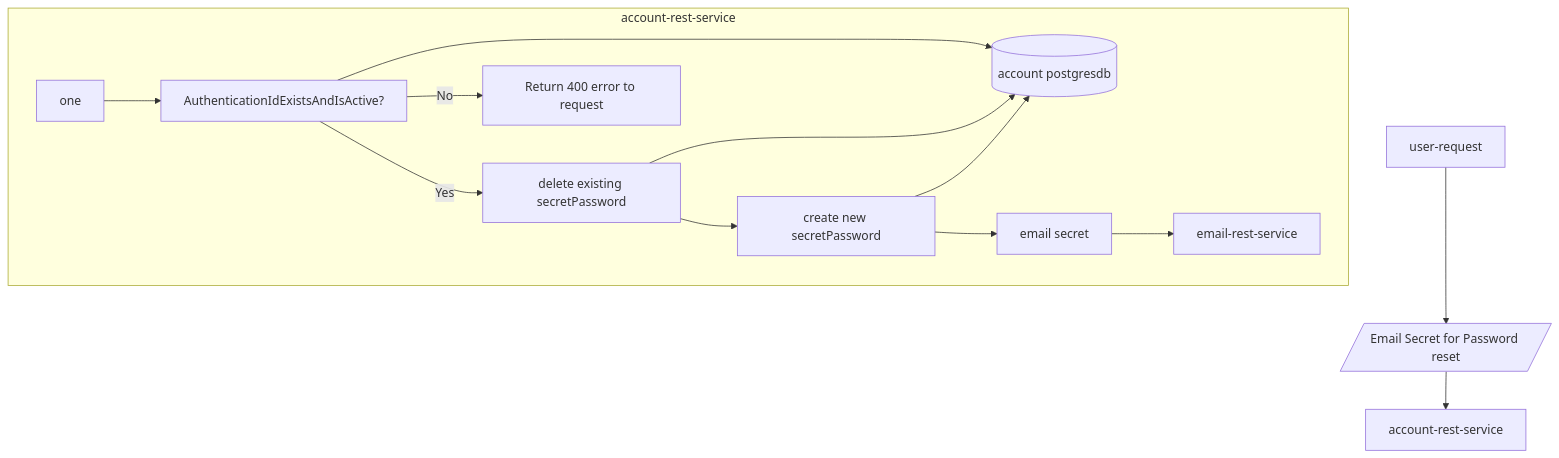
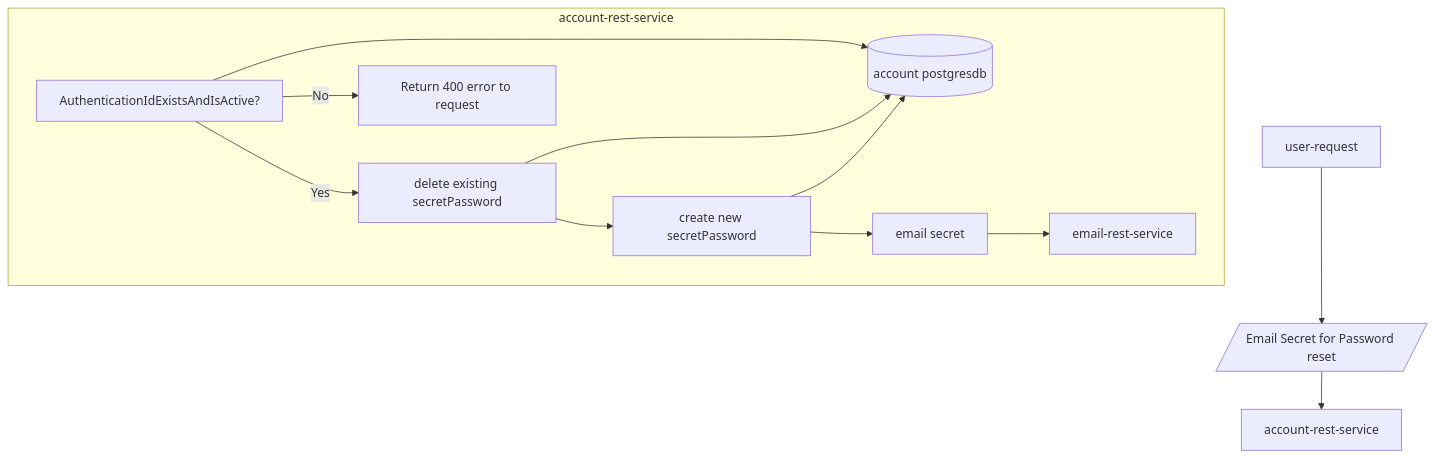
The fourth of 8 diagrams in README.md (sonamsamdupkhangsar/account-rest-service), drawn with Mermaid before and after one commit.

````diff
--- a/README.md
+++ b/README.md
@@ -128,16 +128,16 @@
 ```mermaid
 flowchart TD
   User[user-request] -->EmailSecret[/Email Secret for Password reset/]--> account-rest-service
   
   subgraph account-rest-service 
-  one --> validateAuthenticationIdExistsAndTrue["AuthenticationIdExistsAndIsActive?"]
+  validateAuthenticationIdExistsAndTrue["AuthenticationIdExistsAndIsActive?"]
   validateAuthenticationIdExistsAndTrue --> accountDb[(account postgresdb)]
   validateAuthenticationIdExistsAndTrue -->|Yes| deleteAnySecretPassword["delete existing secretPassword"]
   deleteAnySecretPassword --> accountDb
   validateAuthenticationIdExistsAndTrue -->|No| ReturnError[Return 400 error to request]
   deleteAnySecretPassword --> createNewSecretPassword["create new secretPassword"]
   createNewSecretPassword --> accountDb
   createNewSecretPassword --> emailSecret["email secret"]
   emailSecret --> email-rest-service   
   end               
 ```
````
